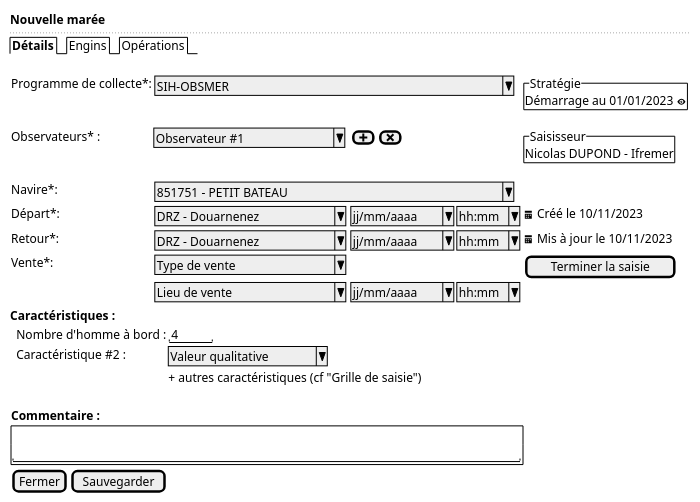
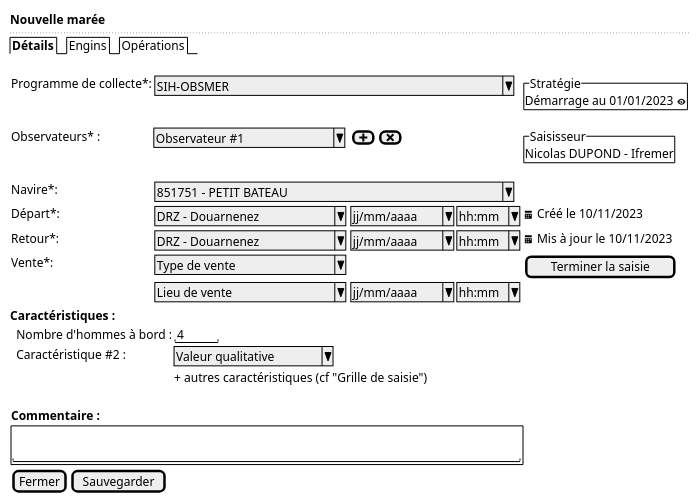
Before and after one commit to sumaris-net/sumaris-doc: the diagram in projects/obsmer/spe/images/trip-new.puml, drawn with PlantUML. The commit also changed 5 other files, not shown here.

```diff
--- a/projects/obsmer/spe/images/trip-new.puml
+++ b/projects/obsmer/spe/images/trip-new.puml
@@ -1,46 +1,46 @@
 @startsalt
 {
   <b>Nouvelle marée
   ..
   {/ <b>Détails | Engins | Opérations }
   .
   {
 
       Programme de collecte*:    | { ^SIH-OBSMER                                 ^ } | * | {^"Stratégie"
 
       Démarrage au 01/01/2023 <&eye> }
 
       Observateurs* :            | ^ Observateur #1       ^ | { [<&plus>] | [<&x>] } | {^"Saisisseur"
                                                                                                Nicolas DUPOND - Ifremer  }
 
       Navire*:                   | { ^851751 - PETIT BATEAU                      ^ } | * | .
 
       Départ*:     | { ^DRZ - Douarnenez      ^ } | { ^ jj/mm/aaaa^  |  ^ hh:mm^ } | <&calendar> Créé le 10/11/2023
 
       Retour*:     | { ^DRZ - Douarnenez      ^ } | { ^ jj/mm/aaaa^ | ^ hh:mm^ } | <&calendar> Mis à jour le 10/11/2023
 
       Vente*:     | { ^Type de vente         ^ } | . | [Terminer la saisie]
       .           | { ^Lieu de vente         ^ } | { ^ jj/mm/aaaa^ |  ^ hh:mm^ }
 
   }
 
   <b>Caractéristiques :
 
   {
-      . |Nombre d'homme à bord : | " 4   "
+      . |Nombre d'hommes à bord : | " 4   "
       . |Caractéristique #2 : | ^Valeur qualitative^
       . |. | + autres caractéristiques (cf "Grille de saisie")
       . |.
   }
 
   {
      <b>Commentaire :
 
      {+ .
         "                                                               "
      }
   }
 
   { [Fermer] | [Sauvegarder] }
 }
 @endsalt
```
